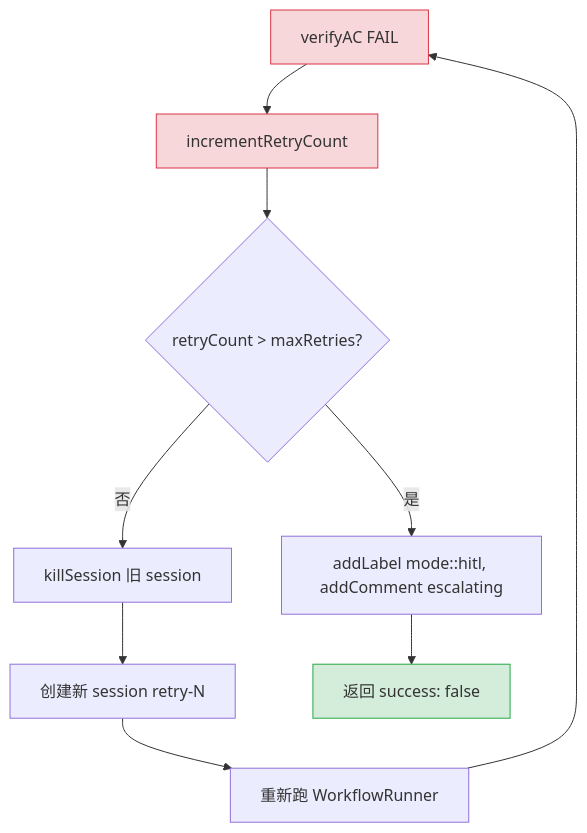
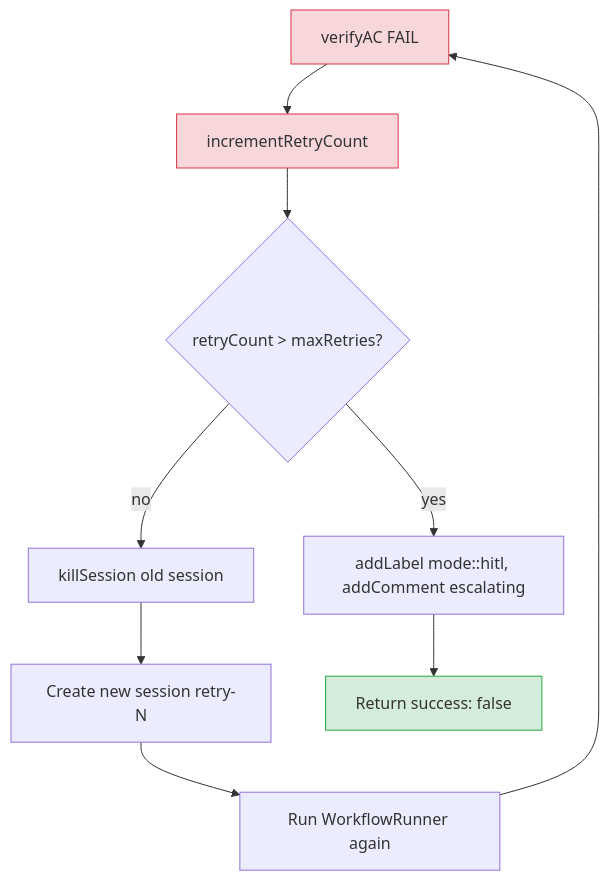
One commit to easyhaloo/afk changed the eighth of 11 diagrams in docs/ARCHITECTURE.md. Above: the diagram before and after it, drawn with Mermaid. The commit also changed other lines of this file, not shown here.

Commit message:
docs: add English ARCHITECTURE.md

````diff
--- a/docs/ARCHITECTURE.md
+++ b/docs/ARCHITECTURE.md
@@ -478,17 +478,17 @@
 ```mermaid
 flowchart TD
     AC["verifyAC FAIL"] --> Inc[incrementRetryCount]
     Inc --> Check{retryCount > maxRetries?}
-    Check -->|是| HITL["addLabel mode::hitl, addComment escalating"]
-    Check -->|否| Kill[killSession 旧 session]
-    Kill --> New[创建新 session retry-N]
-    New --> Run[重新跑 WorkflowRunner]
+    Check -->|yes| HITL["addLabel mode::hitl, addComment escalating"]
+    Check -->|no| Kill[killSession old session]
+    Kill --> New[Create new session retry-N]
+    New --> Run[Run WorkflowRunner again]
     Run --> AC
 
-    HITL --> End[返回 success: false]
+    HITL --> End[Return success: false]
 
     classDef fail fill:#f8d7da,stroke:#dc3545
     classDef success fill:#d4edda,stroke:#28a745
     class AC,Inc fail
     class End success
 ```
````
